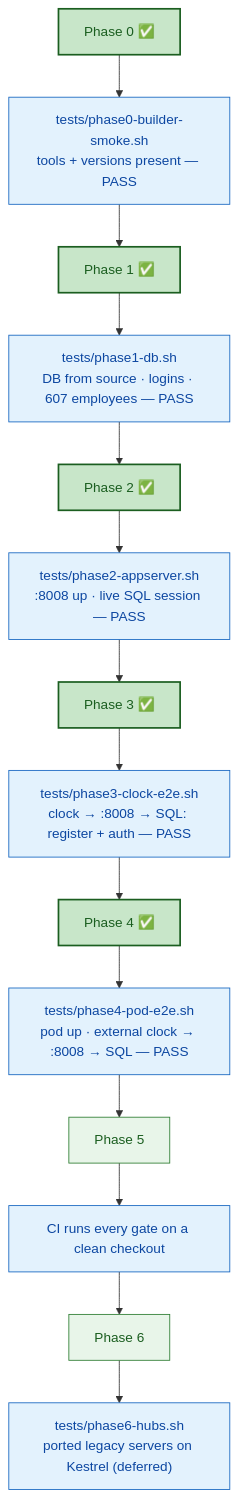
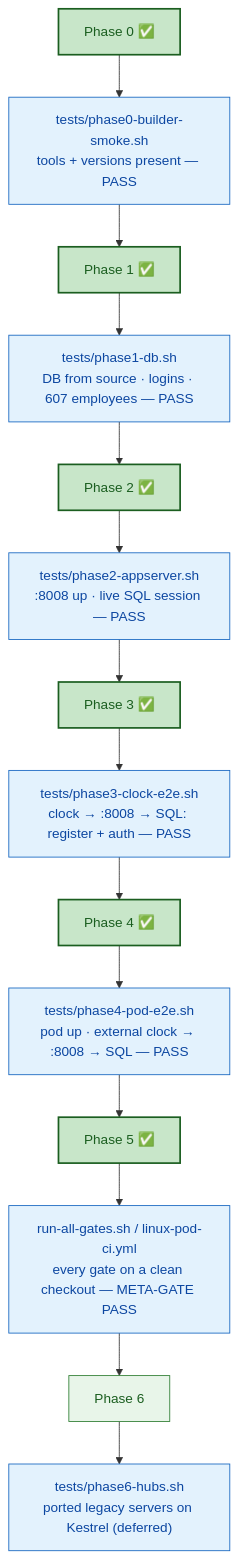
One commit to tcp-software/win11vbox changed the fourth of 5 diagrams in docs/linux-pod-plan.md. Above: the diagram before and after it, drawn with Mermaid. The commit also changed other lines of this file and 1 other file, not shown here.

First line of the commit message:
linux-pod-plan: Phase 5 DONE (meta-gate PASS, CI + publish workflows + docs); status -> Phases 0-5 complete

````diff
--- a/docs/linux-pod-plan.md
+++ b/docs/linux-pod-plan.md
@@ -175,15 +175,15 @@
 ```mermaid
 flowchart TD
     classDef ph fill:#e8f5e9,stroke:#2e7d32,color:#1b5e20;
     classDef t  fill:#e3f2fd,stroke:#1565c0,color:#0d47a1;
 
     classDef done fill:#c8e6c9,stroke:#1b5e20,color:#1b5e20,stroke-width:2px;
 
     P0["Phase 0 ✅"]:::done --> T0["tests/phase0-builder-smoke.sh<br/>tools + versions present — PASS"]:::t
     T0 --> P1["Phase 1 ✅"]:::done --> T1["tests/phase1-db.sh<br/>DB from source · logins · 607 employees — PASS"]:::t
     T1 --> P2["Phase 2 ✅"]:::done --> T2["tests/phase2-appserver.sh<br/>:8008 up · live SQL session — PASS"]:::t
     T2 --> P3["Phase 3 ✅"]:::done --> T3["tests/phase3-clock-e2e.sh<br/>clock → :8008 → SQL: register + auth — PASS"]:::t
     T3 --> P4["Phase 4 ✅"]:::done --> T4["tests/phase4-pod-e2e.sh<br/>pod up · external clock → :8008 → SQL — PASS"]:::t
-    T4 --> P5["Phase 5"]:::ph --> T5["CI runs every gate on a clean checkout"]:::t
+    T4 --> P5["Phase 5 ✅"]:::done --> T5["run-all-gates.sh / linux-pod-ci.yml<br/>every gate on a clean checkout — META-GATE PASS"]:::t
     T5 --> P6["Phase 6"]:::ph --> T6["tests/phase6-hubs.sh<br/>ported legacy servers on Kestrel (deferred)"]:::t
 ```
````
